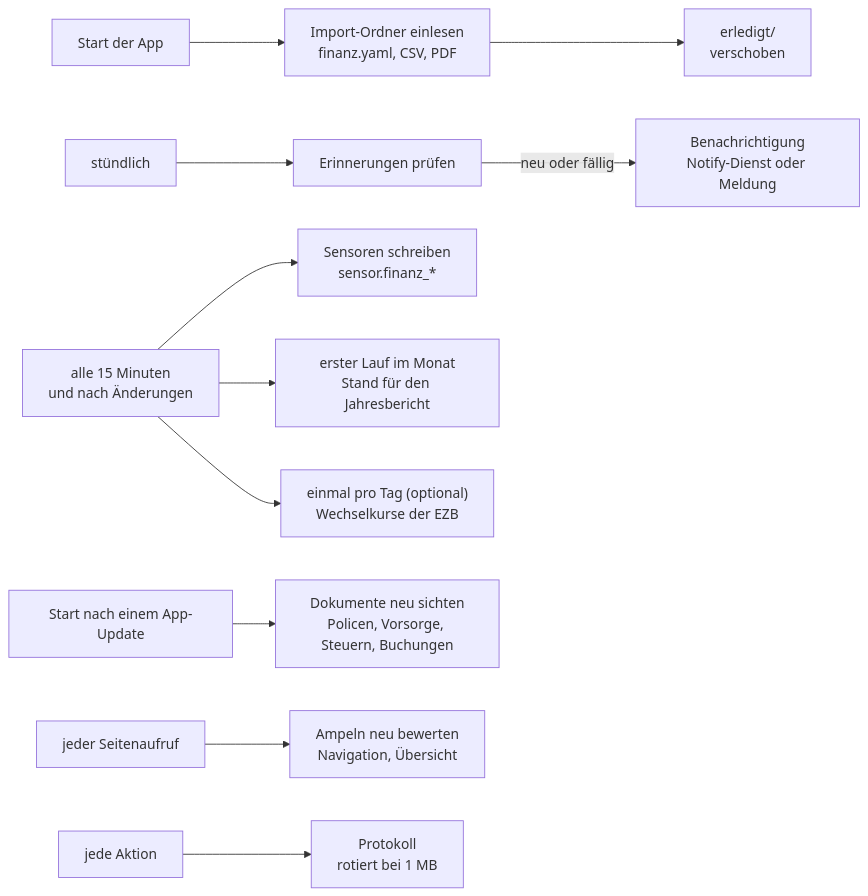
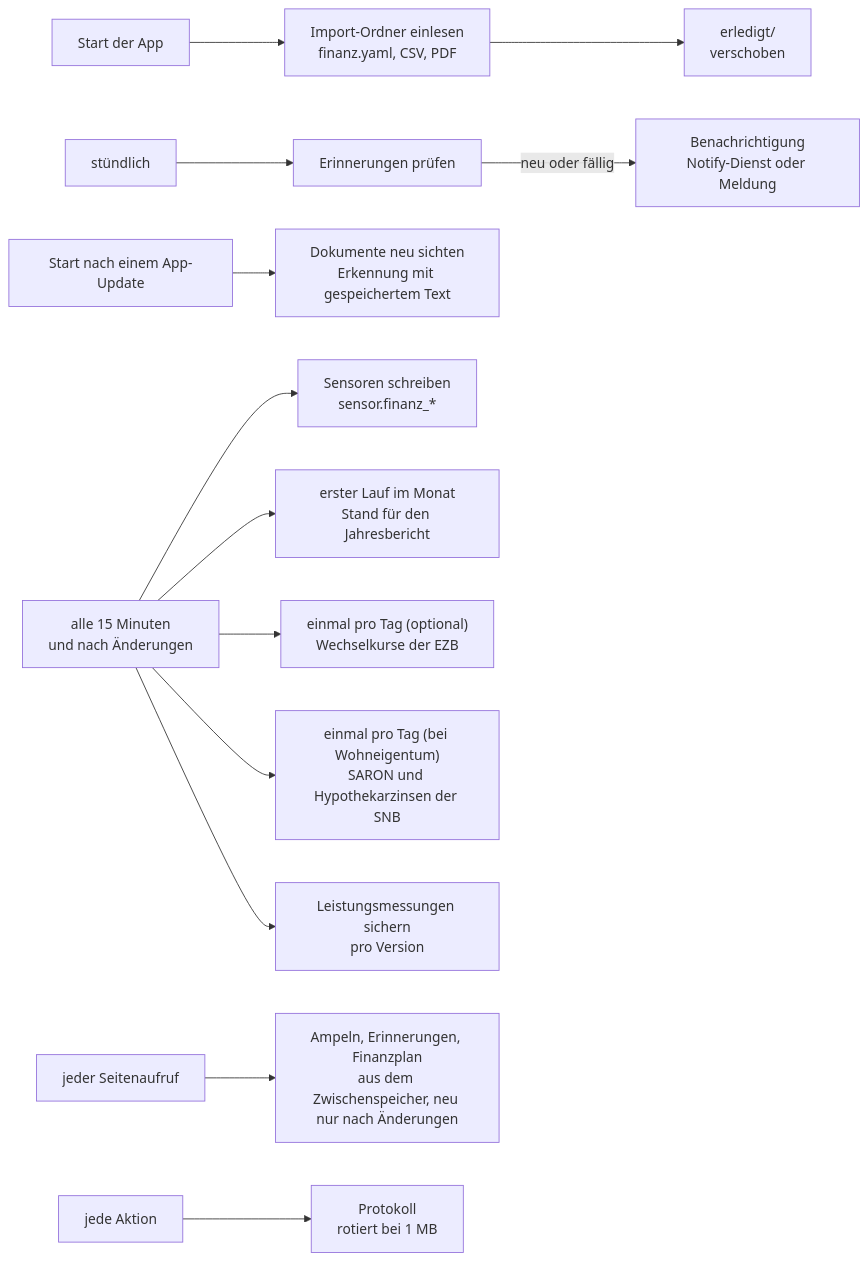
The diagram in docs/prozess-laufend.mmd (khu1985/finanz-ha), drawn with Mermaid before and after one commit. The commit also changed 6 other files, not shown here.

Commit message:
Doku: Diagramme und Übersichten zu Marktzinsen, Zwischenspeicher und Leistung

```diff
--- a/docs/prozess-laufend.mmd
+++ b/docs/prozess-laufend.mmd
@@ -1,11 +1,13 @@
 flowchart LR
     ST["Start der App"] --> IO["Import-Ordner einlesen<br/>finanz.yaml, CSV, PDF"]
     IO --> ER["erledigt/<br/>verschoben"]
     H["stündlich"] --> EI["Erinnerungen prüfen"]
     EI -- neu oder fällig --> N["Benachrichtigung<br/>Notify-Dienst oder Meldung"]
     Q["alle 15 Minuten<br/>und nach Änderungen"] --> SE["Sensoren schreiben<br/>sensor.finanz_*"]
     Q --> MS["erster Lauf im Monat<br/>Stand für den Jahresbericht"]
-    UP["Start nach einem App-Update"] --> NS["Dokumente neu sichten<br/>Policen, Vorsorge, Steuern, Buchungen"]
+    UP["Start nach einem App-Update"] --> NS["Dokumente neu sichten<br/>Erkennung mit gespeichertem Text"]
     Q --> KU["einmal pro Tag (optional)<br/>Wechselkurse der EZB"]
-    SEITE["jeder Seitenaufruf"] --> AMP["Ampeln neu bewerten<br/>Navigation, Übersicht"]
+    Q --> MZ["einmal pro Tag (bei Wohneigentum)<br/>SARON und Hypothekarzinsen der SNB"]
+    Q --> LE["Leistungsmessungen sichern<br/>pro Version"]
+    SEITE["jeder Seitenaufruf"] --> AMP["Ampeln, Erinnerungen, Finanzplan<br/>aus dem Zwischenspeicher, neu nur nach Änderungen"]
     LOG["jede Aktion"] --> PR["Protokoll<br/>rotiert bei 1 MB"]
```
